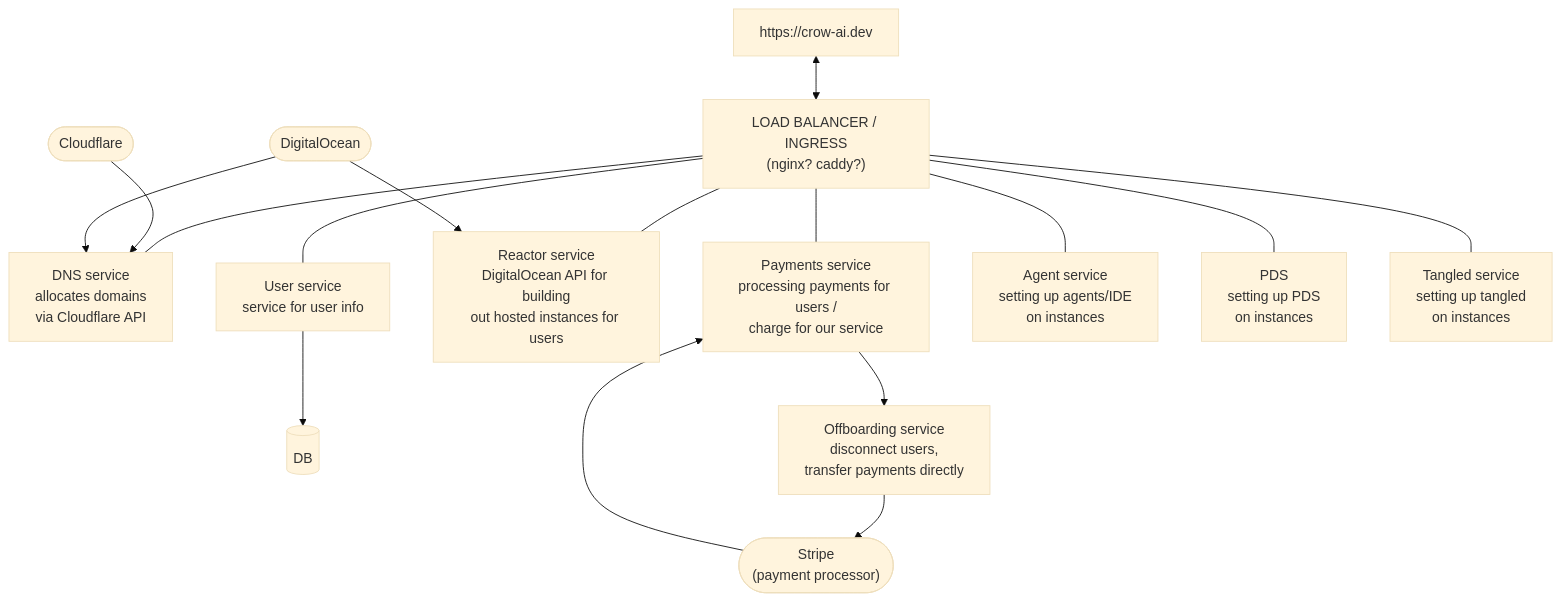
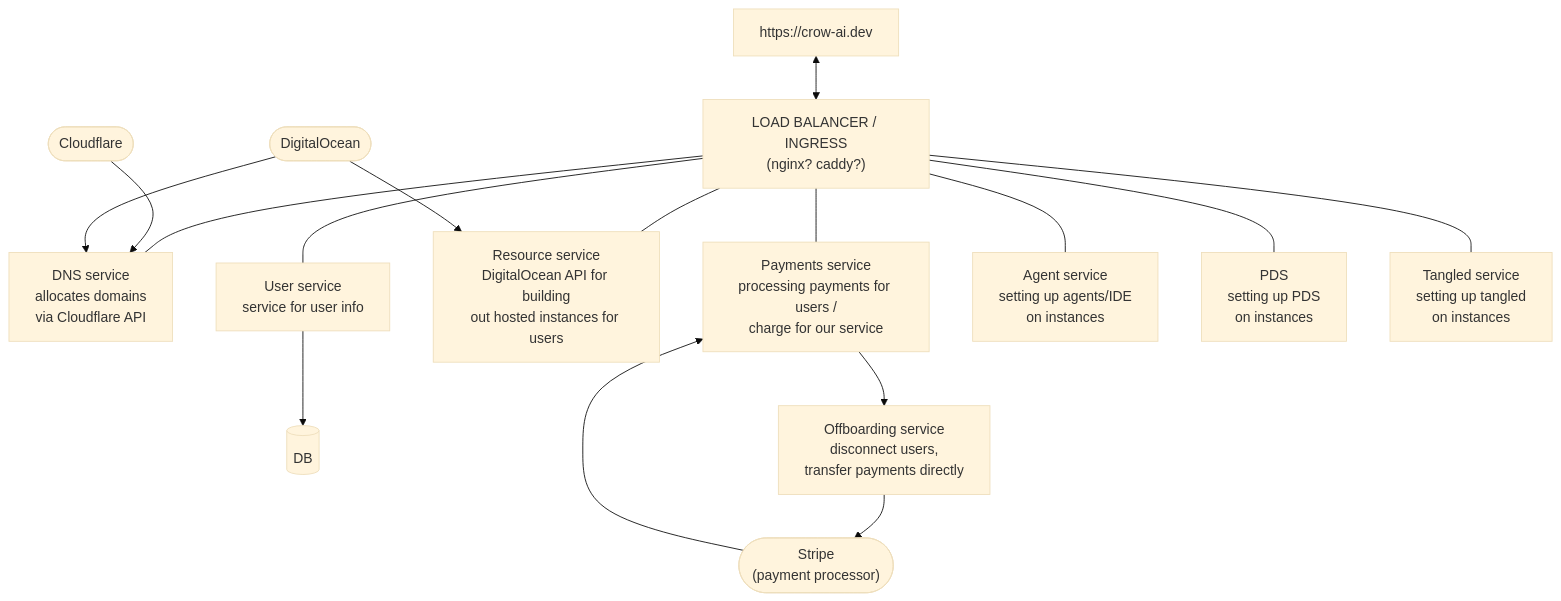
One commit to crow-cli/crow changed the diagram in docs/website-architecture.md. Above: the diagram before and after it, drawn with Mermaid (base theme). The commit also changed other lines of this file, not shown here.

Commit message:
docs: reactor -> resource service (wraps DO API like DNS wraps Cloudflare)
Session-Id: horned-ubiquitous-binturong-of-apotheosis

````diff
--- a/docs/website-architecture.md
+++ b/docs/website-architecture.md
@@ -9,27 +9,27 @@
 ```mermaid
 flowchart TD
     site["https://crow-ai.dev"]
     lb["LOAD BALANCER / INGRESS<br/>(nginx? caddy?)"]
     site <--> lb
 
     cf(["Cloudflare"])
     docean(["DigitalOcean"])
     stripe(["Stripe<br/>(payment processor)"])
 
     lb --- dns["DNS service<br/>allocates domains<br/>via Cloudflare API"]
     lb --- user["User service<br/>service for user info"]
-    lb --- reactor["Reactor service<br/>DigitalOcean API for building<br/>out hosted instances for users"]
+    lb --- resource["Resource service<br/>DigitalOcean API for building<br/>out hosted instances for users"]
     lb --- payments["Payments service<br/>processing payments for users /<br/>charge for our service"]
     lb --- agent["Agent service<br/>setting up agents/IDE<br/>on instances"]
     lb --- pds["PDS<br/>setting up PDS<br/>on instances"]
     lb --- tangled["Tangled service<br/>setting up tangled<br/>on instances"]
 
     cf --> dns
     docean --> dns
-    docean --> reactor
+    docean --> resource
     stripe --> payments
 
     user --> db[("DB")]
     payments --> off["Offboarding service<br/>disconnect users,<br/>transfer payments directly"]
     off --> stripe
 ```
````
